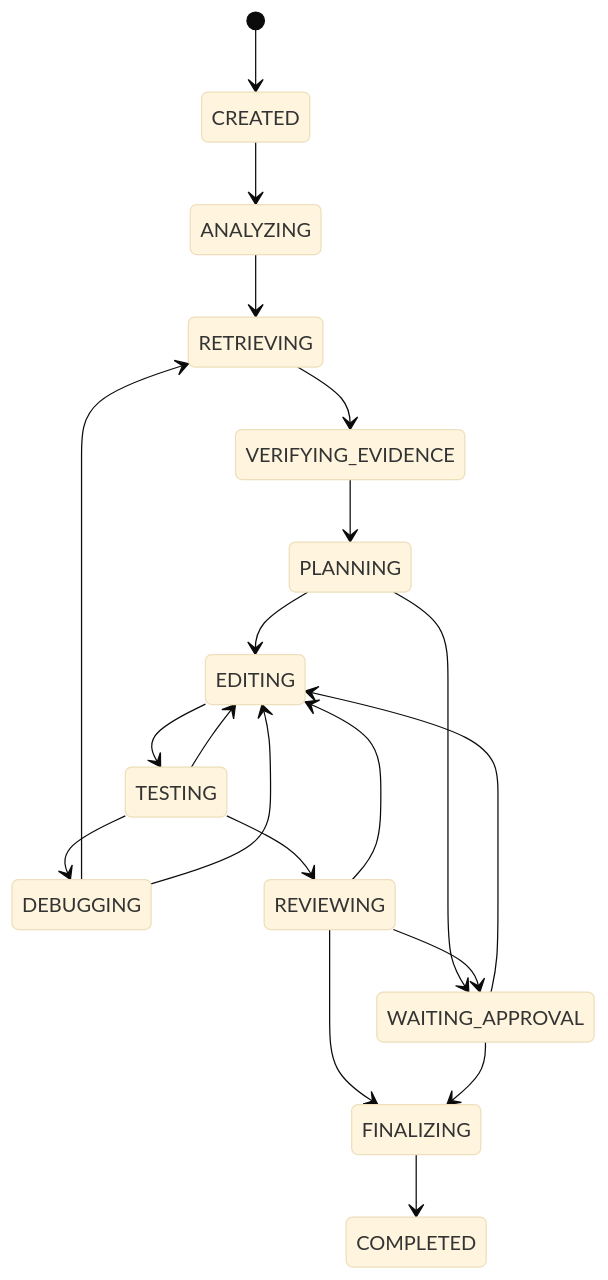
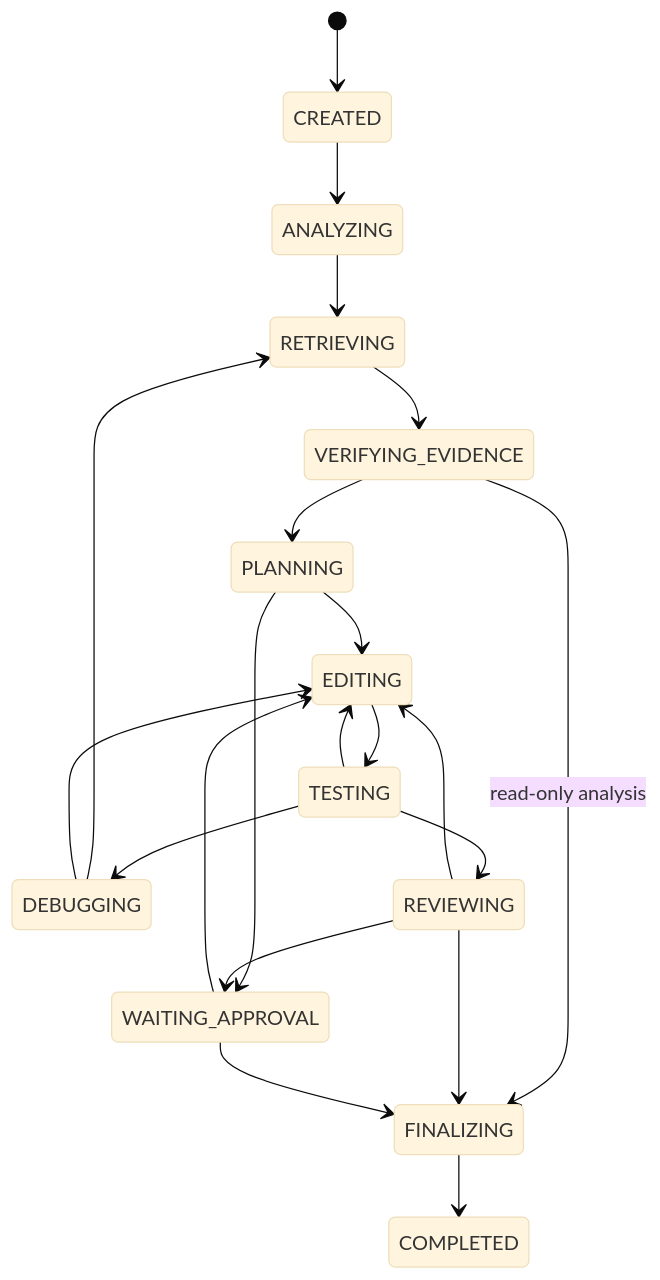
One commit to BinCry/Agentic-AI changed the second of 3 diagrams in docs/system-architecture.md. Above: the diagram before and after it, drawn with Mermaid (base theme). The commit also changed other lines of this file and 6 other files, not shown here.

Commit message:
docs(workflow): document read-only startup

````diff
--- a/docs/system-architecture.md
+++ b/docs/system-architecture.md
@@ -22,22 +27,23 @@
 ```mermaid
 stateDiagram-v2
     [*] --> CREATED
     CREATED --> ANALYZING
     ANALYZING --> RETRIEVING
     RETRIEVING --> VERIFYING_EVIDENCE
     VERIFYING_EVIDENCE --> PLANNING
+    VERIFYING_EVIDENCE --> FINALIZING: read-only analysis
     PLANNING --> EDITING
     PLANNING --> WAITING_APPROVAL
     EDITING --> TESTING
     TESTING --> DEBUGGING
     TESTING --> EDITING
     TESTING --> REVIEWING
     DEBUGGING --> RETRIEVING
     DEBUGGING --> EDITING
     REVIEWING --> EDITING
     REVIEWING --> WAITING_APPROVAL
     REVIEWING --> FINALIZING
     WAITING_APPROVAL --> EDITING
     WAITING_APPROVAL --> FINALIZING
     FINALIZING --> COMPLETED
 ```
````
